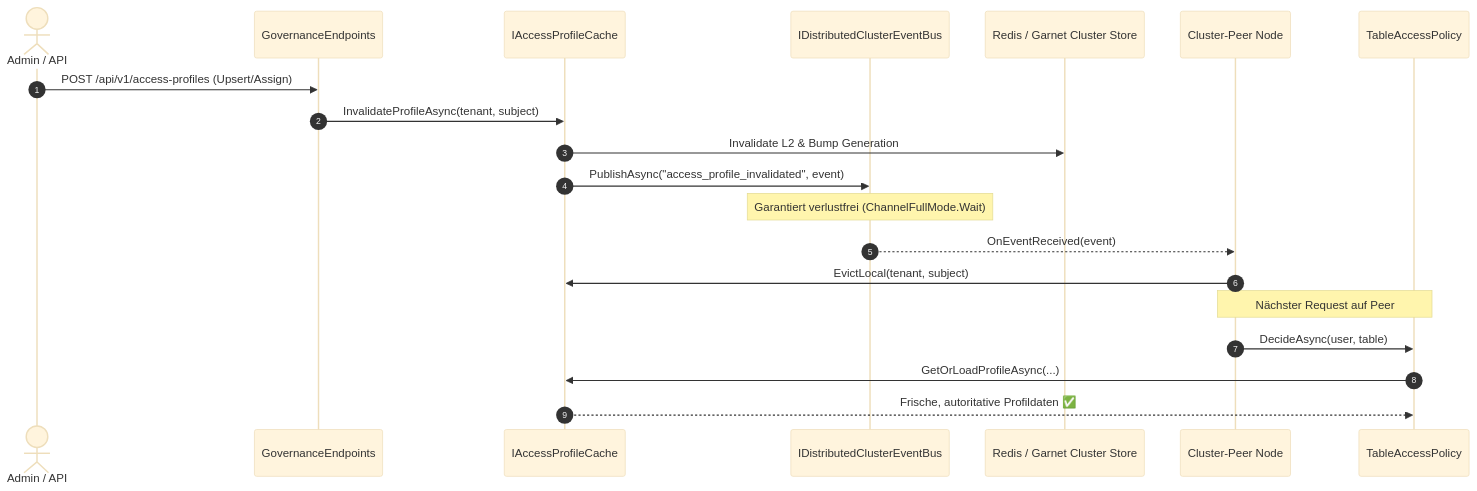
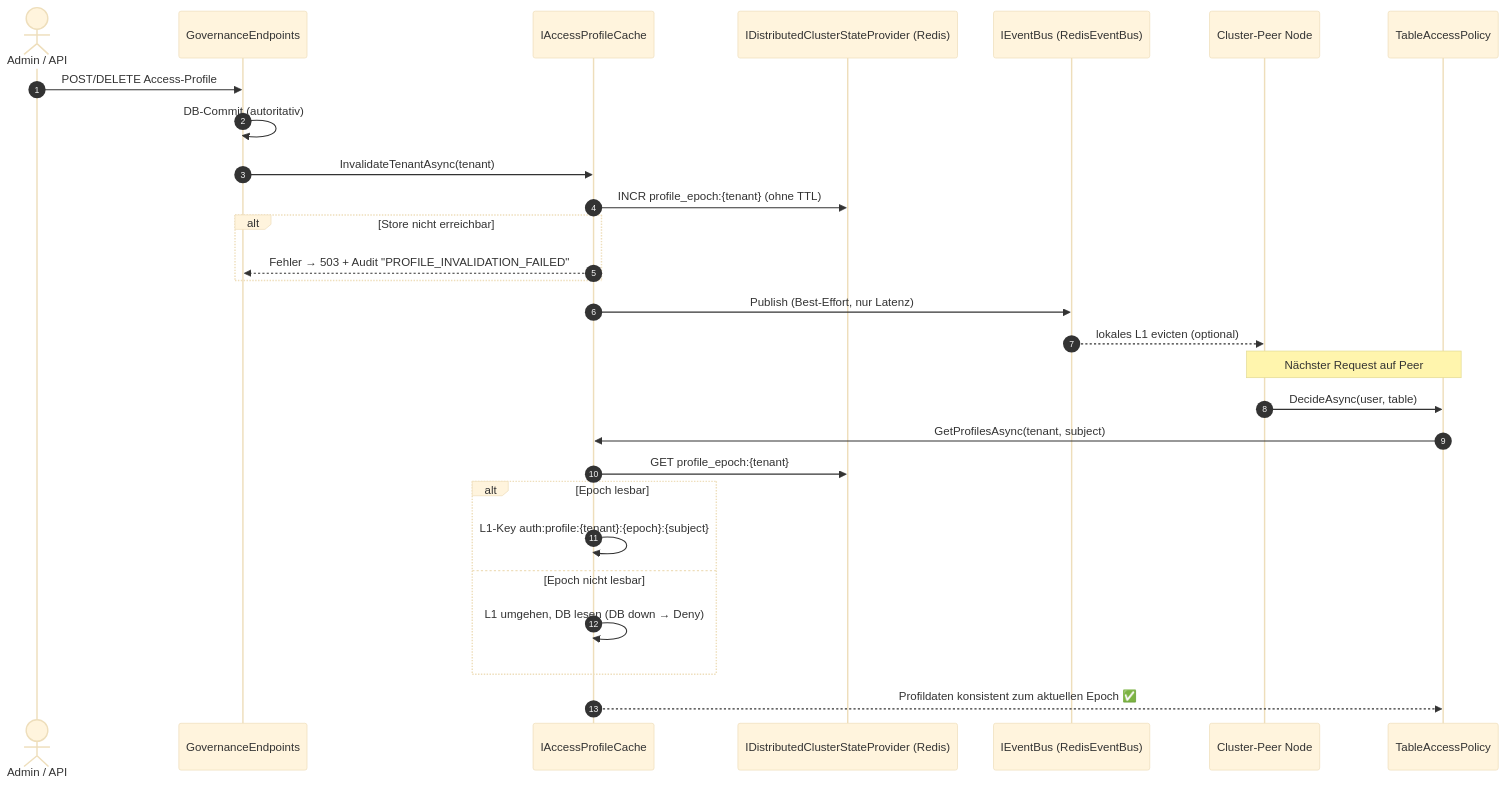
Before and after one commit to themulle/autheris: the diagram in docs/plans/plan-architektur-distributed-state-invalidation.md, drawn with Mermaid (base theme). The commit also changed other lines of this file and 6 other files, not shown here.

````diff
--- a/docs/plans/plan-architektur-distributed-state-invalidation.md
+++ b/docs/plans/plan-architektur-distributed-state-invalidation.md
@@ -29,24 +38,32 @@
 ```mermaid
 sequenceDiagram
     autonumber
     actor Admin as Admin / API
     participant Endpoints as GovernanceEndpoints
     participant APCache as IAccessProfileCache
-    participant Bus as IDistributedClusterEventBus
-    participant Redis as Redis / Garnet Cluster Store
+    participant Store as IDistributedClusterStateProvider (Redis)
+    participant Bus as IEventBus (RedisEventBus)
     participant Peer as Cluster-Peer Node
     participant TAP as TableAccessPolicy
 
-    Admin->>Endpoints: POST /api/v1/access-profiles (Upsert/Assign)
-    Endpoints->>APCache: InvalidateProfileAsync(tenant, subject)
-    APCache->>Redis: Invalidate L2 & Bump Generation
-    APCache->>Bus: PublishAsync("access_profile_invalidated", event)
-    Note over Bus: Garantiert verlustfrei (ChannelFullMode.Wait)
-    Bus-->>Peer: OnEventReceived(event)
-    Peer->>APCache: EvictLocal(tenant, subject)
-    
+    Admin->>Endpoints: POST/DELETE Access-Profile
+    Endpoints->>Endpoints: DB-Commit (autoritativ)
+    Endpoints->>APCache: InvalidateTenantAsync(tenant)
+    APCache->>Store: INCR profile_epoch:{tenant} (ohne TTL)
+    alt Store nicht erreichbar
+        APCache-->>Endpoints: Fehler → 503 + Audit "PROFILE_INVALIDATION_FAILED"
+    end
+    APCache->>Bus: Publish (Best-Effort, nur Latenz)
+    Bus-->>Peer: lokales L1 evicten (optional)
+
     Note over Peer,TAP: Nächster Request auf Peer
     Peer->>TAP: DecideAsync(user, table)
-    TAP->>APCache: GetOrLoadProfileAsync(...)
-    APCache-->>TAP: Frische, autoritative Profildaten ✅
+    TAP->>APCache: GetProfilesAsync(tenant, subject)
+    APCache->>Store: GET profile_epoch:{tenant}
+    alt Epoch lesbar
+        APCache->>APCache: L1-Key auth:profile:{tenant}:{epoch}:{subject}
+    else Epoch nicht lesbar
+        APCache->>APCache: L1 umgehen, DB lesen (DB down → Deny)
+    end
+    APCache-->>TAP: Profildaten konsistent zum aktuellen Epoch ✅
 ```
````
